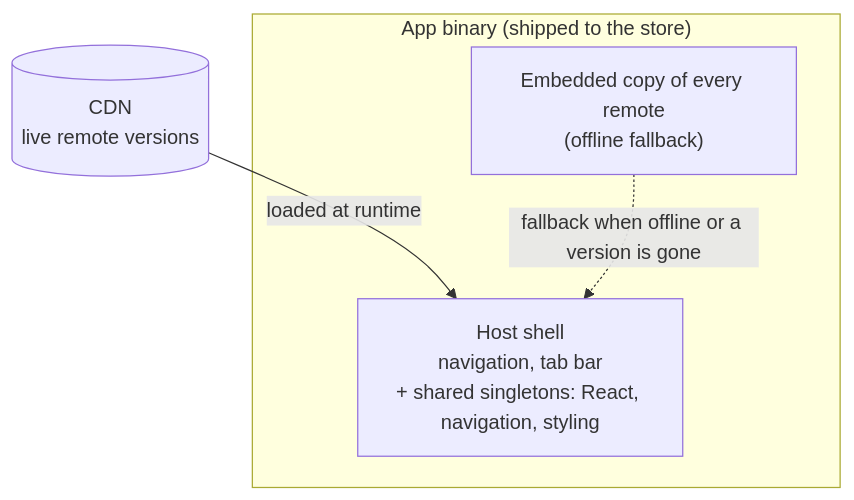
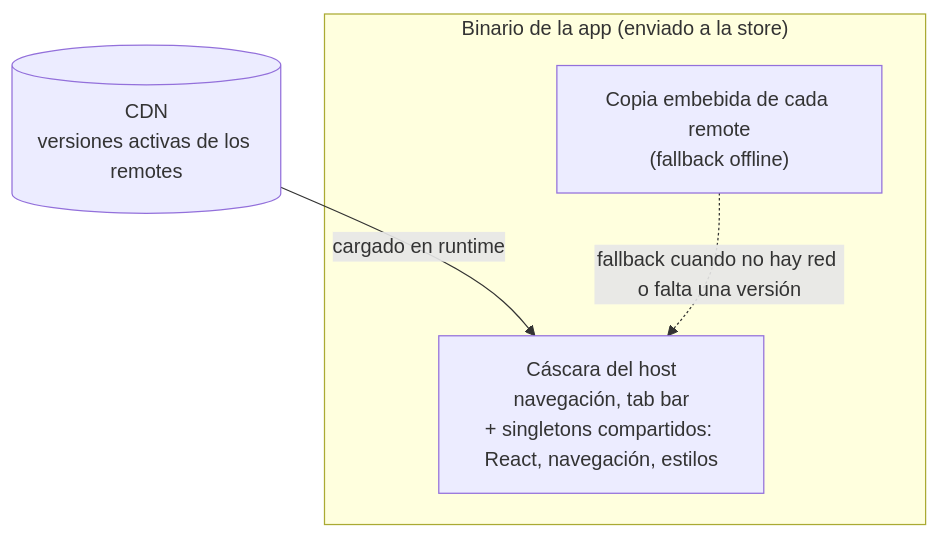
The diagram in src/content/blog/es/why-module-federation-react-native.md (warrendeleon/warrendeleon.com), drawn with Mermaid before and after one commit. The commit also changed 11 other files, not shown here.

First line of the commit message:
🌐 i18n(blog): translate mermaid diagram labels (es/ca/tl)

````diff
--- a/src/content/blog/es/why-module-federation-react-native.md
+++ b/src/content/blog/es/why-module-federation-react-native.md
@@ -31,10 +31,10 @@
 ```mermaid
 flowchart TB
-    cdn[("CDN<br/>live remote versions")]
-    subgraph binary["App binary (shipped to the store)"]
-        host["Host shell<br/>navigation, tab bar<br/>+ shared singletons: React, navigation, styling"]
-        embedded["Embedded copy of every remote<br/>(offline fallback)"]
+    cdn[("CDN<br/>versiones activas de los remotes")]
+    subgraph binary["Binario de la app (enviado a la store)"]
+        host["Cáscara del host<br/>navegación, tab bar<br/>+ singletons compartidos: React, navegación, estilos"]
+        embedded["Copia embebida de cada remote<br/>(fallback offline)"]
     end
-    cdn -->|loaded at runtime| host
-    embedded -.->|fallback when offline or a version is gone| host
+    cdn -->|cargado en runtime| host
+    embedded -.->|fallback cuando no hay red o falta una versión| host
 ```
````
